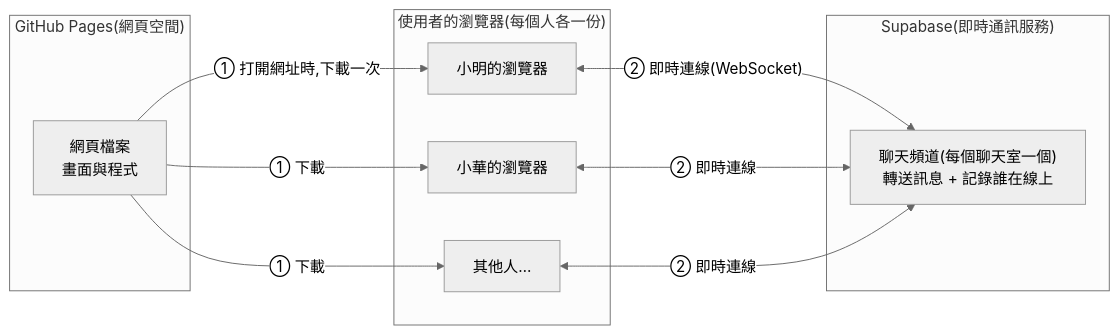
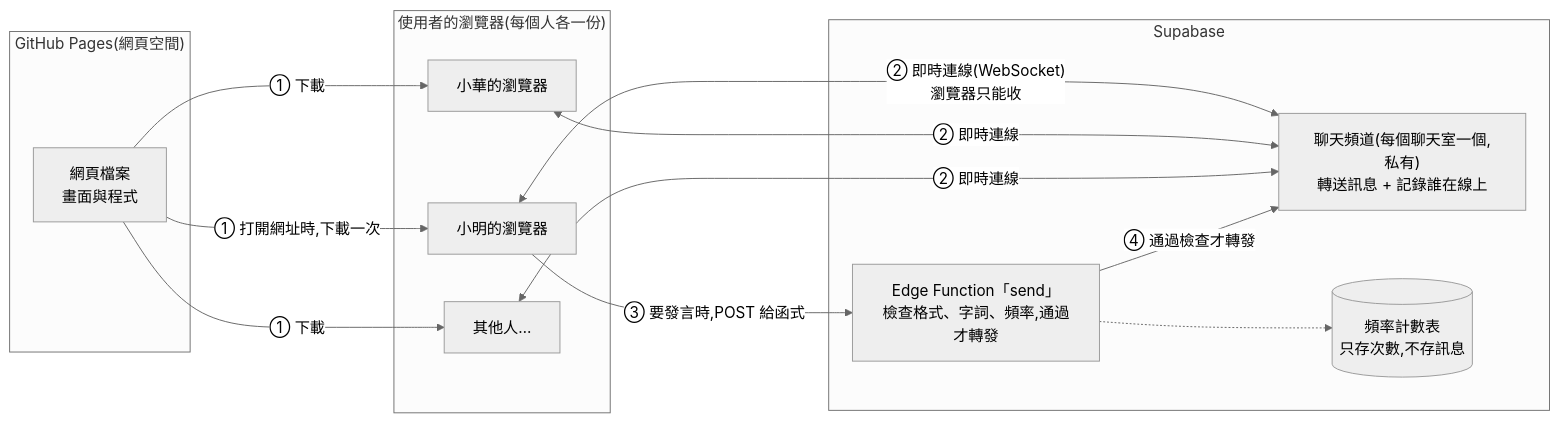
Before and after one commit to CRAZRAY1520/anonymous-chat: the diagram in docs/architecture.md, drawn with Mermaid (neutral theme). The commit also changed other lines of this file and 10 other files, not shown here.

First line of the commit message:
Enforce send limits on the server: private channels, send Edge Function, word filter, rate limits

````diff
--- a/docs/architecture.md
+++ b/docs/architecture.md
@@ -48,24 +48,30 @@
 ```mermaid
 flowchart LR
     subgraph GP["GitHub Pages(網頁空間)"]
         F["網頁檔案<br/>畫面與程式"]
     end
 
     subgraph U["使用者的瀏覽器(每個人各一份)"]
         A["小明的瀏覽器"]
         B["小華的瀏覽器"]
         C["其他人…"]
     end
 
-    subgraph SB["Supabase(即時通訊服務)"]
-        R["聊天頻道(每個聊天室一個)<br/>轉送訊息 + 記錄誰在線上"]
+    subgraph SB["Supabase"]
+        R["聊天頻道(每個聊天室一個,私有)<br/>轉送訊息 + 記錄誰在線上"]
+        E["Edge Function「send」<br/>檢查格式、字詞、頻率,通過才轉發"]
+        T[("頻率計數表<br/>只存次數,不存訊息")]
     end
 
     F -- "① 打開網址時,下載一次" --> A
     F -- "① 下載" --> B
     F -- "① 下載" --> C
 
-    A <-- "② 即時連線(WebSocket)" --> R
+    A <-- "② 即時連線(WebSocket)<br/>瀏覽器只能收" --> R
     B <-- "② 即時連線" --> R
     C <-- "② 即時連線" --> R
+
+    A -- "③ 要發言時,POST 給函式" --> E
+    E -- "④ 通過檢查才轉發" --> R
+    E -.-> T
 ```
````
